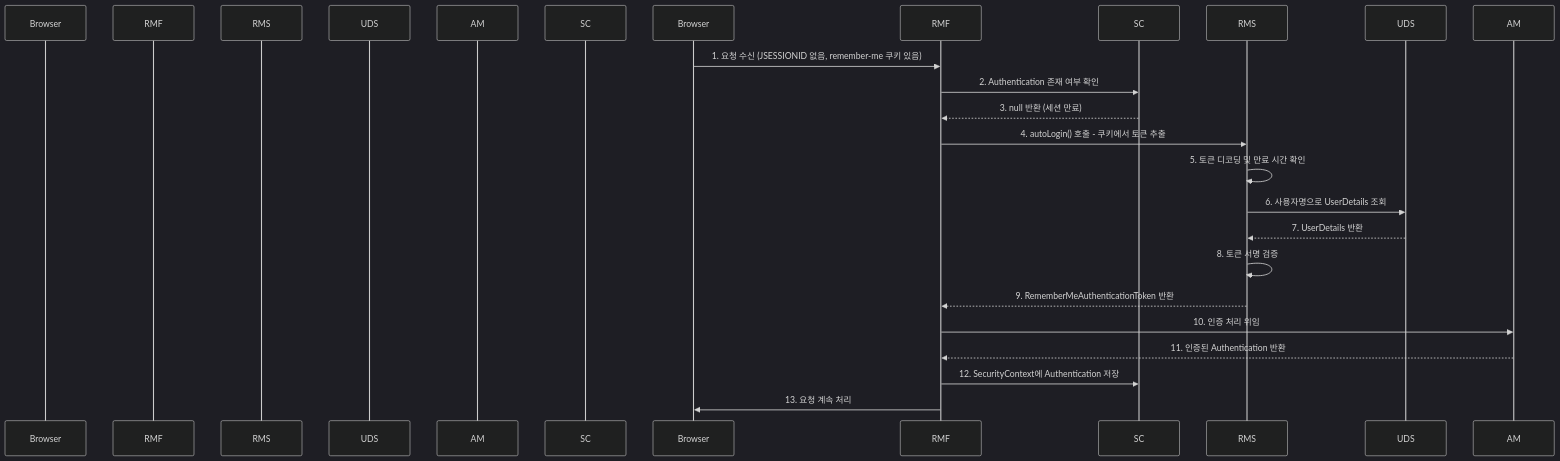
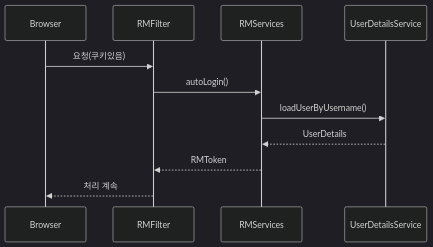
Before and after one commit to yjkim2015/yjkim2015.github.io: the first of 2 diagrams in _posts/security/2021-01-24-RememberMeAuthentication.md, drawn with Mermaid (dark theme). The commit also changed other lines of this file and 215 other files, not shown here.

First line of the commit message:
신규 포스트 10개 추가 + Mermaid 전면 축소 + SystemDesign 시리즈 보강

````diff
--- a/_posts/security/2021-01-24-RememberMeAuthentication.md
+++ b/_posts/security/2021-01-24-RememberMeAuthentication.md
@@ -29,23 +29,13 @@
 ```mermaid
 sequenceDiagram
-    participant "브라우저" as Browser
-    participant "RememberMeAuthenticationFilter" as RMF
-    participant "RememberMeServices" as RMS
-    participant "UserDetailsService" as UDS
-    participant "AuthenticationManager" as AM
-    participant "SecurityContext" as SC
-
-    Browser->>RMF: 1. 요청 수신 (JSESSIONID 없음, remember-me 쿠키 있음)
-    RMF->>SC: 2. Authentication 존재 여부 확인
-    SC-->>RMF: 3. null 반환 (세션 만료)
-    RMF->>RMS: 4. autoLogin() 호출 - 쿠키에서 토큰 추출
-    RMS->>RMS: 5. 토큰 디코딩 및 만료 시간 확인
-    RMS->>UDS: 6. 사용자명으로 UserDetails 조회
-    UDS-->>RMS: 7. UserDetails 반환
-    RMS->>RMS: 8. 토큰 서명 검증
-    RMS-->>RMF: 9. RememberMeAuthenticationToken 반환
-    RMF->>AM: 10. 인증 처리 위임
-    AM-->>RMF: 11. 인증된 Authentication 반환
-    RMF->>SC: 12. SecurityContext에 Authentication 저장
-    RMF->>Browser: 13. 요청 계속 처리
+    participant B as Browser
+    participant RMF as RMFilter
+    participant RMS as RMServices
+    participant UDS as UserDetailsService
+    B->>RMF: 요청(쿠키있음)
+    RMF->>RMS: autoLogin()
+    RMS->>UDS: loadUserByUsername()
+    UDS-->>RMS: UserDetails
+    RMS-->>RMF: RMToken
+    RMF-->>B: 처리 계속
 ```
````
